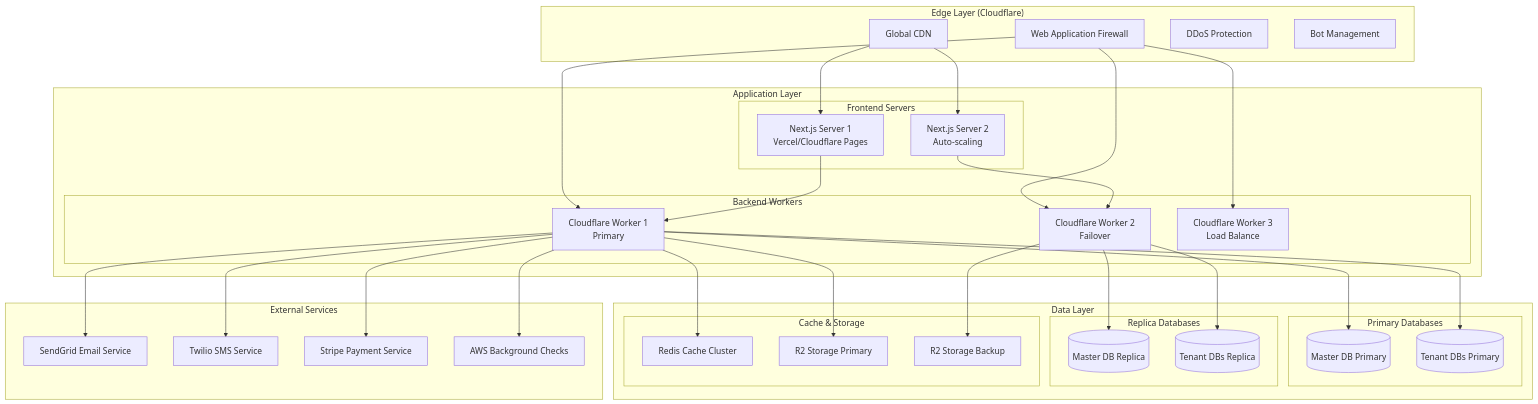
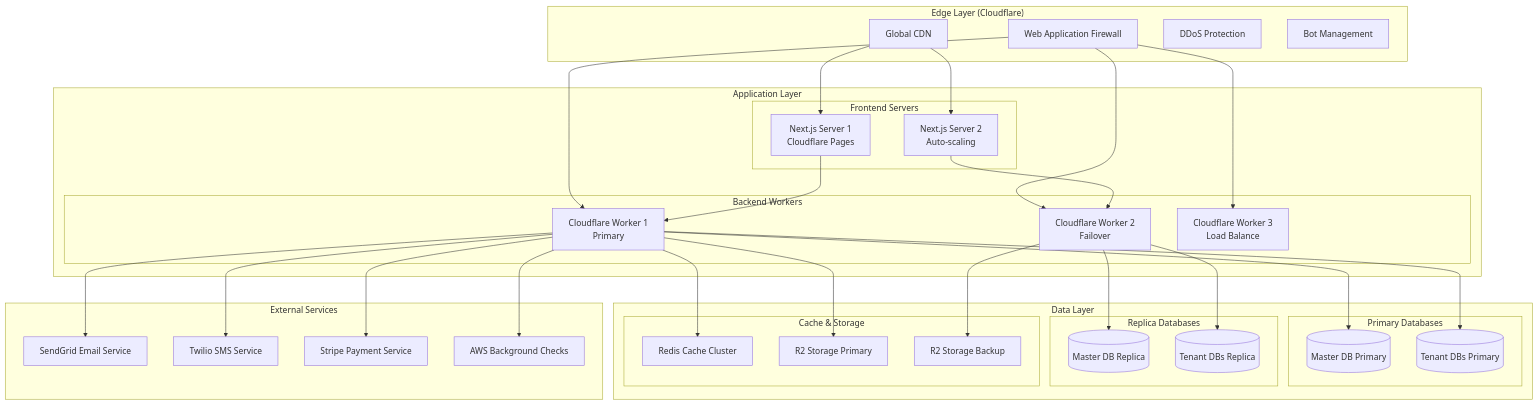
Diagram 11 of 19 in SYSTEM_ARCHITECTURE.md (financeaiguy/humber-os), drawn with Mermaid before and after one commit. The commit also changed other lines of this file and 50 other files, not shown here.

````diff
--- a/SYSTEM_ARCHITECTURE.md
+++ b/SYSTEM_ARCHITECTURE.md
@@ -525,70 +525,70 @@
 ```mermaid
 graph TB
     subgraph "Edge Layer (Cloudflare)"
         CDN[Global CDN]
         WAF[Web Application Firewall]
         DDoS[DDoS Protection]
         BOT[Bot Management]
     end
 
     subgraph "Application Layer"
         subgraph "Frontend Servers"
-            NEXT1[Next.js Server 1<br/>Vercel/Cloudflare Pages]
+            NEXT1[Next.js Server 1<br/>Cloudflare Pages]
             NEXT2[Next.js Server 2<br/>Auto-scaling]
         end
         
         subgraph "Backend Workers"
             WORKER1[Cloudflare Worker 1<br/>Primary]
             WORKER2[Cloudflare Worker 2<br/>Failover]
             WORKER3[Cloudflare Worker 3<br/>Load Balance]
         end
     end
 
     subgraph "Data Layer"
         subgraph "Primary Databases"
             MASTER_PRIMARY[(Master DB Primary)]
             TENANT_PRIMARY[(Tenant DBs Primary)]
         end
         
         subgraph "Replica Databases"
             MASTER_REPLICA[(Master DB Replica)]
             TENANT_REPLICA[(Tenant DBs Replica)]
         end
         
         subgraph "Cache & Storage"
             REDIS[Redis Cache Cluster]
             R2_PRIMARY[R2 Storage Primary]
             R2_BACKUP[R2 Storage Backup]
         end
     end
 
     subgraph "External Services"
         SENDGRID_SVC[SendGrid Email Service]
         TWILIO_SVC[Twilio SMS Service]
         STRIPE_SVC[Stripe Payment Service]
         AWS_SVC[AWS Background Checks]
     end
 
     CDN --> NEXT1
     CDN --> NEXT2
     WAF --> WORKER1
     WAF --> WORKER2
     WAF --> WORKER3
 
     NEXT1 --> WORKER1
     NEXT2 --> WORKER2
 
     WORKER1 --> MASTER_PRIMARY
     WORKER1 --> TENANT_PRIMARY
     WORKER2 --> MASTER_REPLICA
     WORKER2 --> TENANT_REPLICA
 
     WORKER1 --> REDIS
     WORKER1 --> R2_PRIMARY
     WORKER2 --> R2_BACKUP
 
     WORKER1 --> SENDGRID_SVC
     WORKER1 --> TWILIO_SVC
     WORKER1 --> STRIPE_SVC
     WORKER1 --> AWS_SVC
 ```
````
